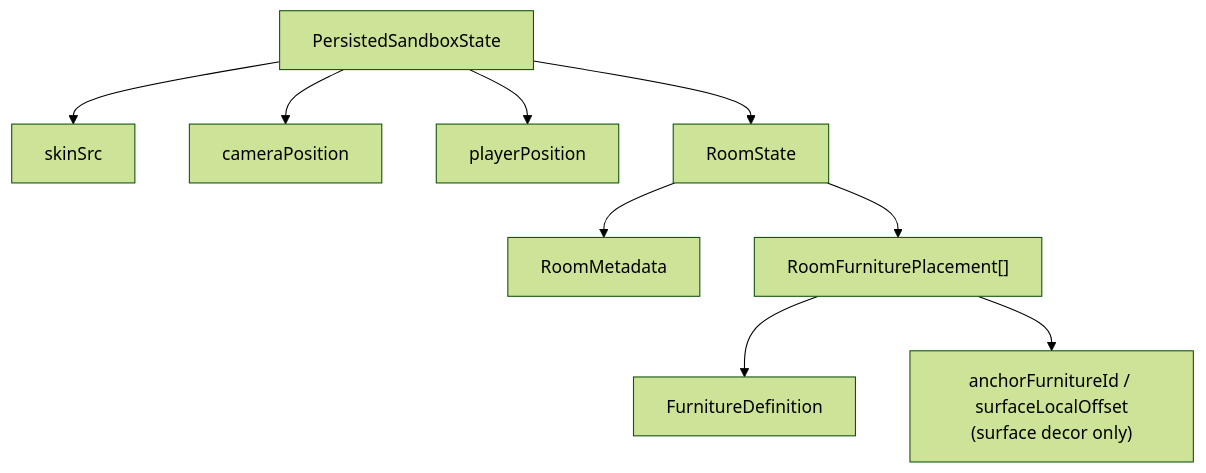
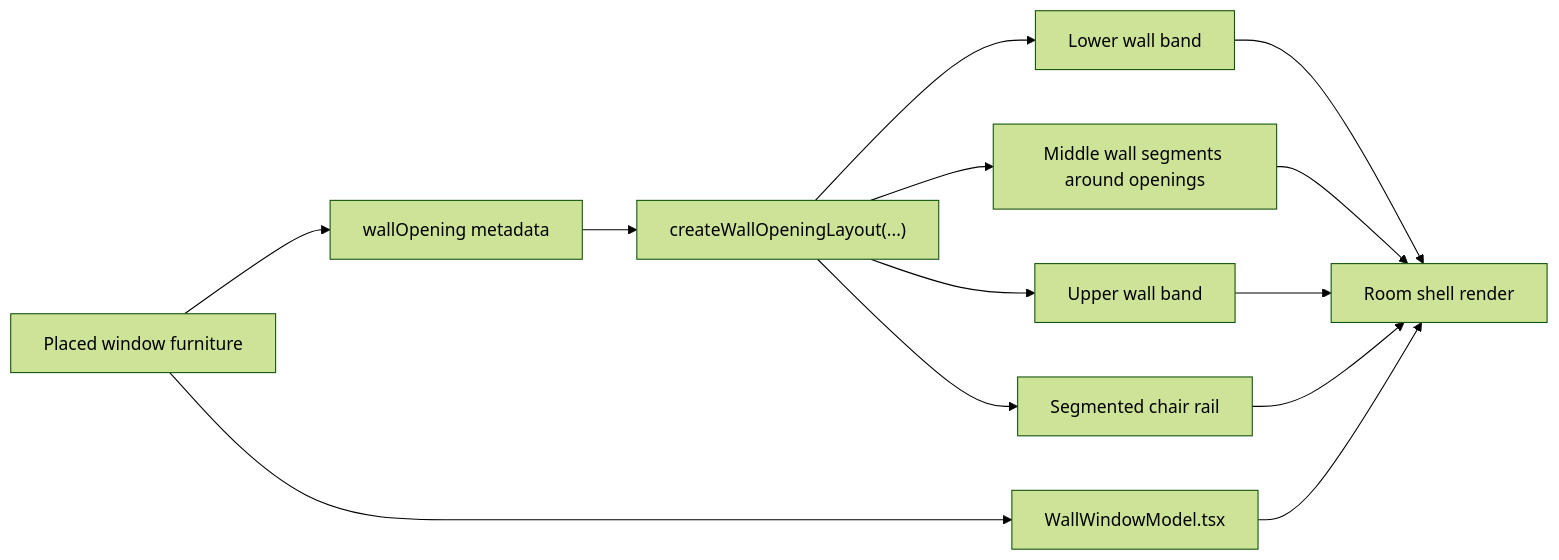
Before and after one commit to Erlavush/FAHHH: the fifth of 6 diagrams in docs/DIAGRAMS.md, drawn with Mermaid (forest theme). The commit also changed other lines of this file and 16 other files, not shown here.

````diff
--- a/docs/DIAGRAMS.md
+++ b/docs/DIAGRAMS.md
@@ -73,13 +96,16 @@
 ```mermaid
-flowchart TD
-  Sandbox["PersistedSandboxState"] --> Skin["skinSrc"]
-  Sandbox --> Camera["cameraPosition"]
-  Sandbox --> Player["playerPosition"]
-  Sandbox --> Room["RoomState"]
+flowchart LR
+  WindowPlacement["Placed window furniture"] --> OpeningMeta["wallOpening metadata"]
+  OpeningMeta --> Layout["createWallOpeningLayout(...)"]
+  Layout --> Lower["Lower wall band"]
+  Layout --> Middle["Middle wall segments around openings"]
+  Layout --> Upper["Upper wall band"]
+  Layout --> Rail["Segmented chair rail"]
+  WindowPlacement --> WindowModel["WallWindowModel.tsx"]
 
-  Room --> Meta["RoomMetadata"]
-  Room --> Placements["RoomFurniturePlacement[]"]
-
-  Placements --> Registry["FurnitureDefinition"]
-  Placements --> SurfaceAnchor["anchorFurnitureId / surfaceLocalOffset<br/>(surface decor only)"]
+  Lower --> Shell["Room shell render"]
+  Middle --> Shell
+  Upper --> Shell
+  Rail --> Shell
+  WindowModel --> Shell
 ```
````
